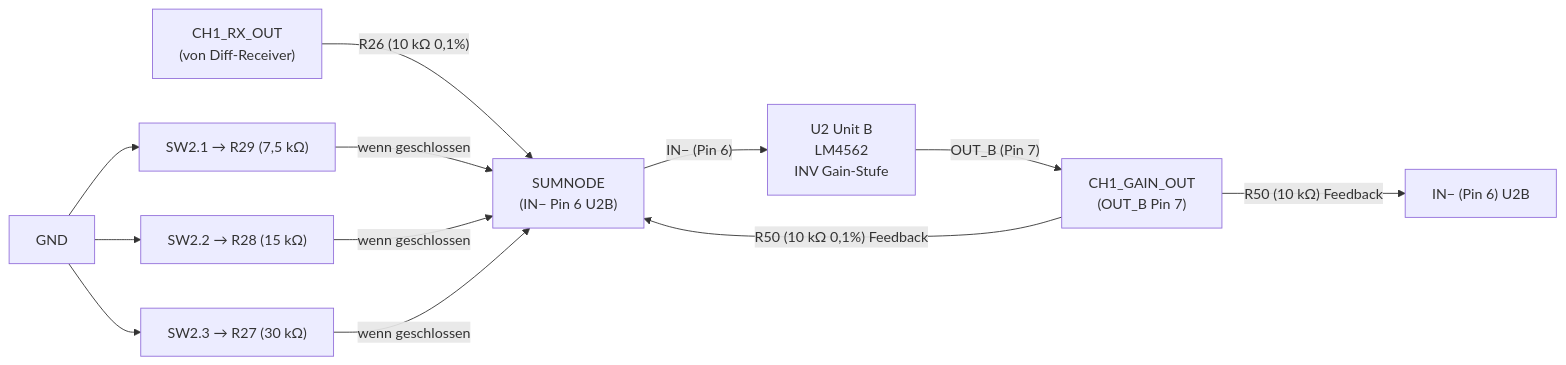
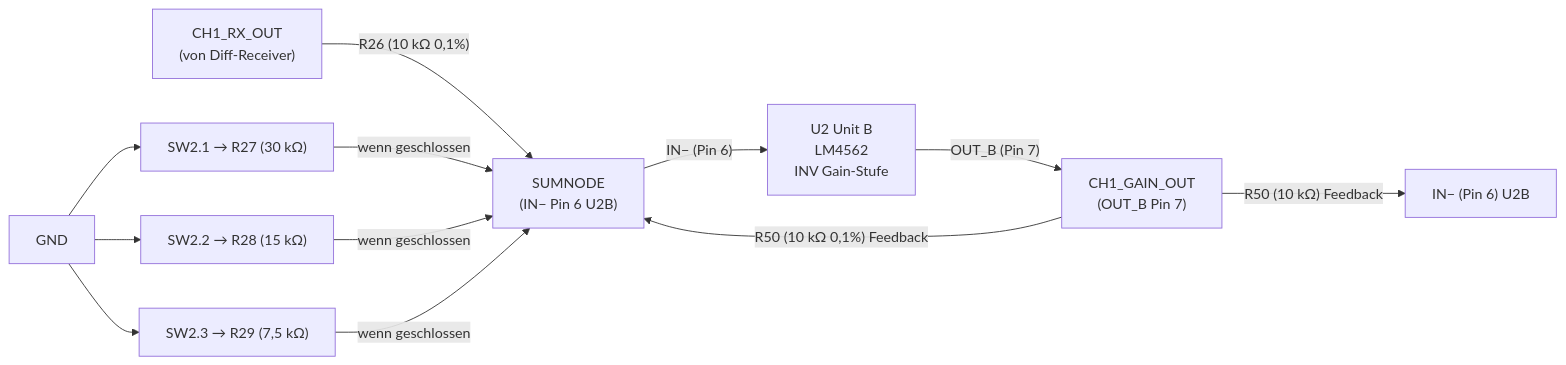
Before and after one commit to jpsamuelson/aurora-icepower-booster: the fifth of 11 diagrams in README.md, drawn with Mermaid. The commit also changed other lines of this file and 5 other files, not shown here.

Commit message:
checkpoint: pcb before resync (routing based on pre-F9/F10 schematic)

````diff
--- a/README.md
+++ b/README.md
@@ -180,21 +181,21 @@
 ```mermaid
 flowchart LR
     RX["CH1_RX_OUT\n(von Diff-Receiver)"]
     SUMNODE["SUMNODE\n(IN− Pin 6 U2B)"]
     OUT["CH1_GAIN_OUT\n(OUT_B Pin 7)"]
 
     RX -->|"R26 (10 kΩ 0,1%)"| SUMNODE
     OUT -->|"R50 (10 kΩ 0,1%) Feedback"| SUMNODE
 
-    SW2_1["SW2.1 → R29 (7,5 kΩ)"] -->|"wenn geschlossen"| SUMNODE
+    SW2_1["SW2.1 → R27 (30 kΩ)"] -->|"wenn geschlossen"| SUMNODE
     SW2_2["SW2.2 → R28 (15 kΩ)"] -->|"wenn geschlossen"| SUMNODE
-    SW2_3["SW2.3 → R27 (30 kΩ)"] -->|"wenn geschlossen"| SUMNODE
+    SW2_3["SW2.3 → R29 (7,5 kΩ)"] -->|"wenn geschlossen"| SUMNODE
 
     GND["GND"] --> SW2_1
     GND --> SW2_2
     GND --> SW2_3
 
     SUMNODE -->|"IN− (Pin 6)"| U2B["U2 Unit B\nLM4562\nINV Gain-Stufe"]
     U2B -->|"OUT_B (Pin 7)"| OUT
     OUT -->|"R50 (10 kΩ) Feedback"| INV["IN− (Pin 6) U2B"]
 ```
````
